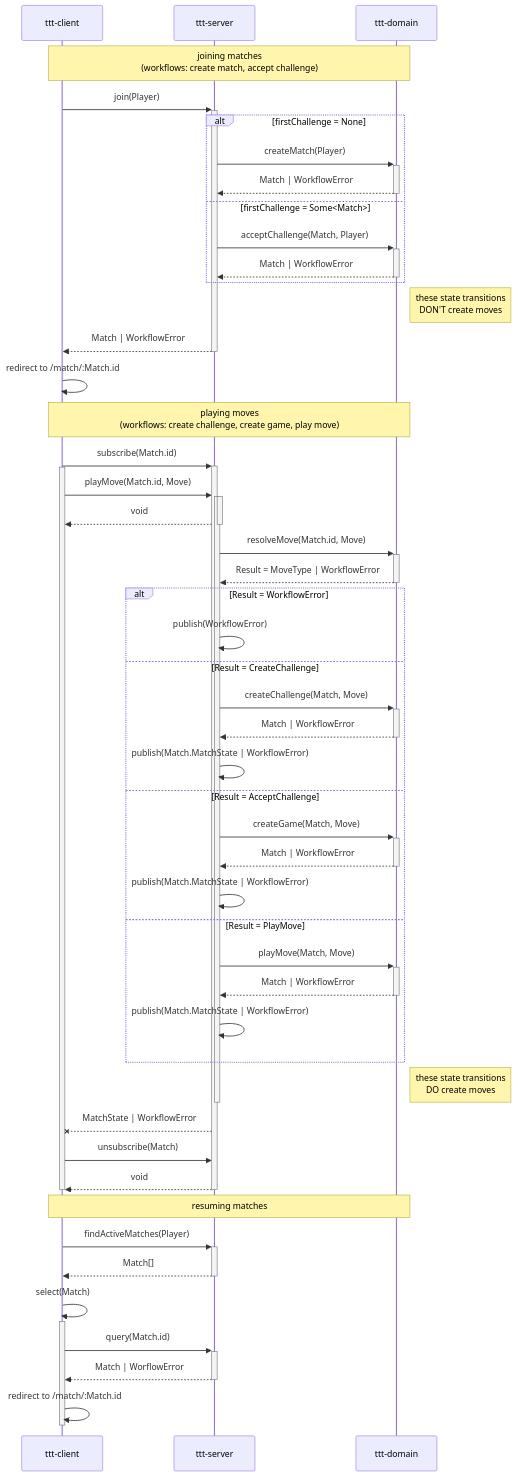
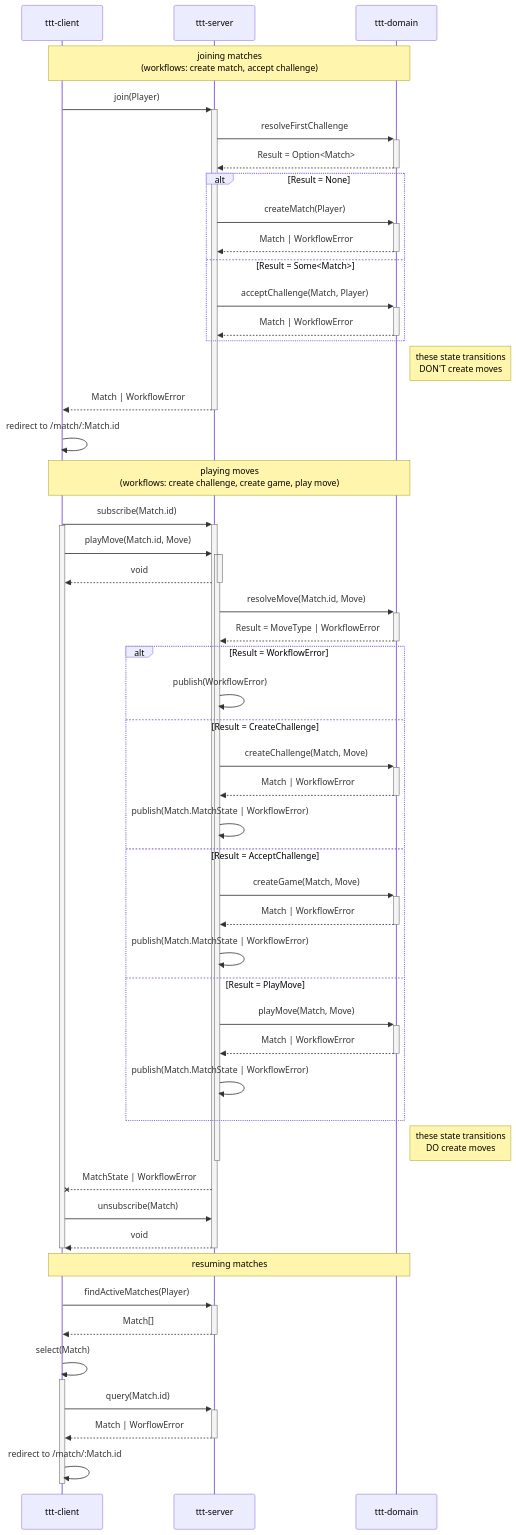
Before and after one commit to grancalavera/ttt: the diagram in sequence-diagram.md, drawn with Mermaid. The commit also changed 1 other file, not shown here.

Commit message:
explicitly resolve first challenge

```diff
--- a/sequence-diagram.md
+++ b/sequence-diagram.md
@@ -8,11 +8,14 @@
 
   c->>+s: join(Player)
 
-    alt firstChallenge = None
+    s->>+d: resolveFirstChallenge
+    d-->>-s: Result = Option<Match>
+
+    alt Result = None
       s->>+d: createMatch(Player)
       d-->>-s: Match | WorkflowError
 
-    else firstChallenge = Some<Match>
+    else Result = Some<Match>
       s->>+d: acceptChallenge(Match, Player)
 
       d-->>-s: Match | WorkflowError
```
